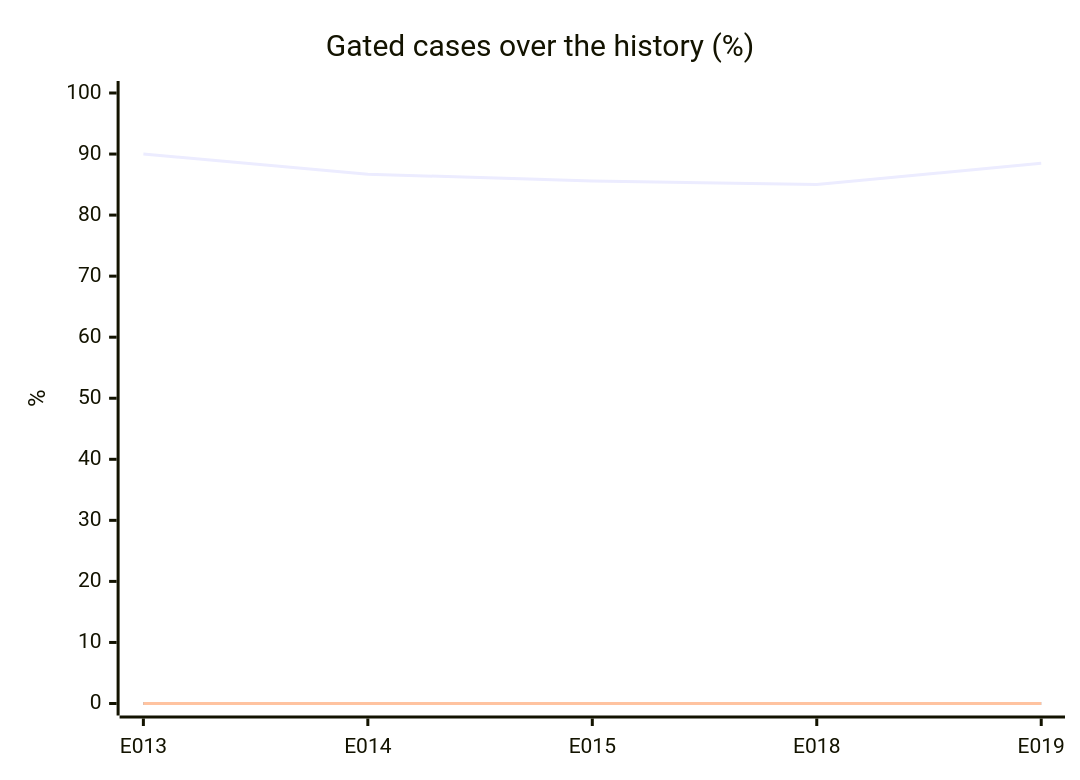
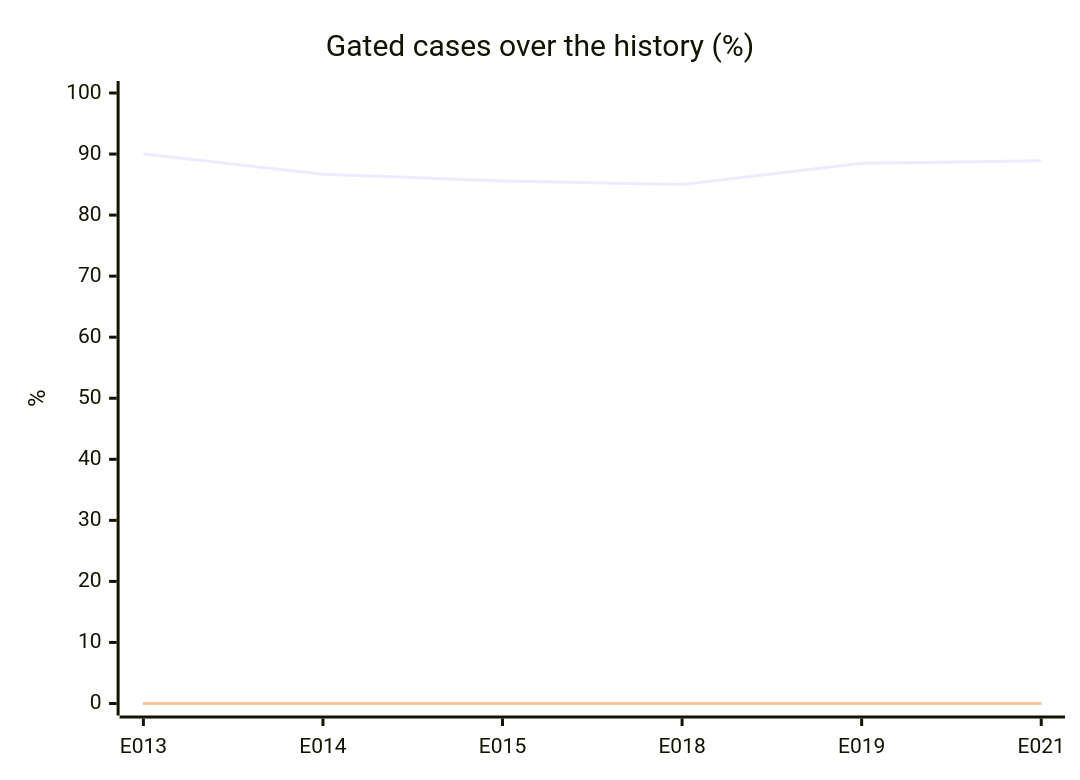
The first of 2 diagrams in evals/report.md (acarbonellb/anti-fraud-agent), drawn with Mermaid before and after one commit. The commit also changed other lines of this file and 7 other files, not shown here.

````diff
--- a/evals/report.md
+++ b/evals/report.md
@@ -48,9 +49,9 @@
 ```mermaid
 xychart-beta
   title "Gated cases over the history (%)"
-  x-axis [E013, E014, E015, E018, E019]
+  x-axis [E013, E014, E015, E018, E019, E021]
   y-axis "%" 0 --> 100
-  line [90, 86.7, 85.6, 85, 88.5]
-  line [0, 0, 0, 0, 0]
-  line [0, 0, 0, 0, 0]
+  line [90, 86.7, 85.6, 85, 88.5, 88.9]
+  line [0, 0, 0, 0, 0, 0]
+  line [0, 0, 0, 0, 0, 0]
 ```
````
